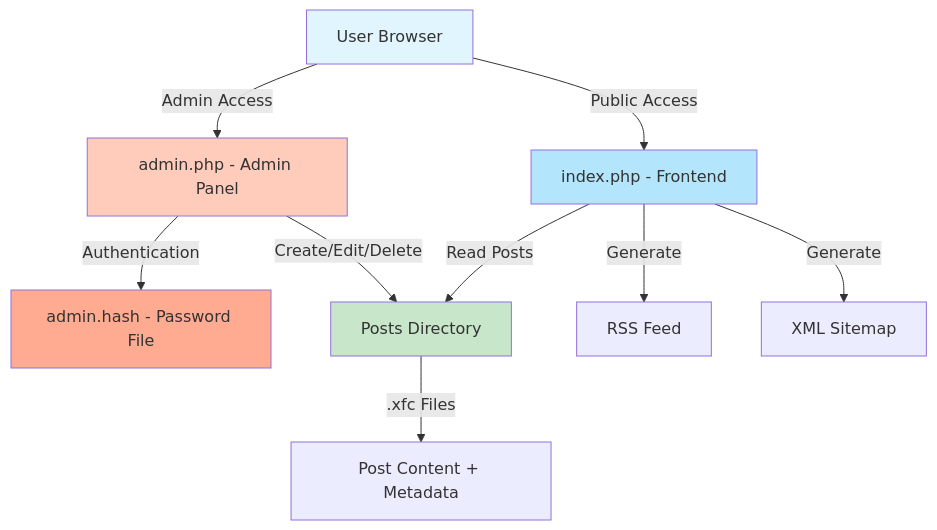
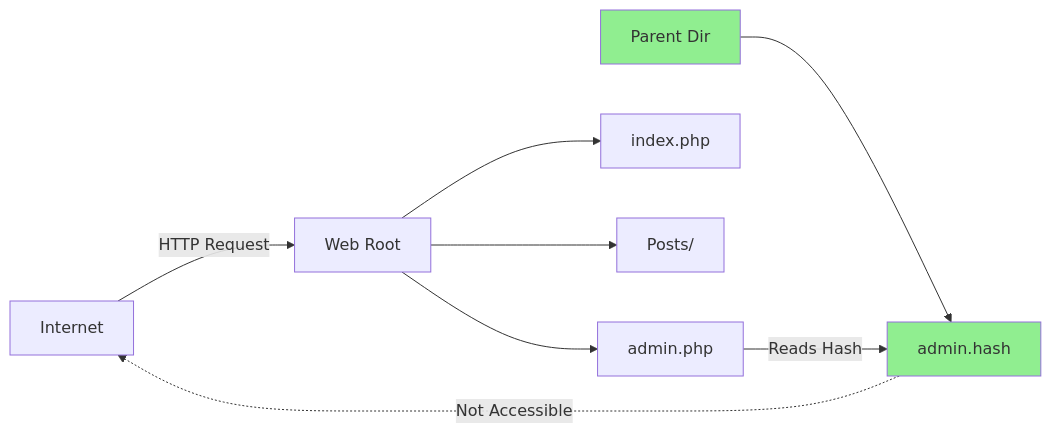
One commit to xsukax/xsukax-Flat-File-CMS changed the first of 5 diagrams in README.md. Above: the diagram before and after it, drawn with Mermaid. The commit also changed other lines of this file, not shown here.

````diff
--- a/README.md
+++ b/README.md
@@ -18,17 +20,12 @@
 ```mermaid
-graph TB
-    A[User Browser] -->|Public Access| B[index.php - Frontend]
-    A -->|Admin Access| C[admin.php - Admin Panel]
-    C -->|Authentication| D[admin.hash - Password File]
-    B -->|Read Posts| E[Posts Directory]
-    C -->|Create/Edit/Delete| E
-    E -->|.xfc Files| F[Post Content + Metadata]
-    B -->|Generate| G[RSS Feed]
-    B -->|Generate| H[XML Sitemap]
-    
-    style A fill:#e1f5ff
-    style B fill:#b3e5fc
-    style C fill:#ffccbc
-    style E fill:#c8e6c9
-    style D fill:#ffab91
+graph LR
+    A[Internet] -->|HTTP Request| B[Web Root]
+    B --> C[admin.php]
+    B --> D[index.php]
+    B --> E[Posts/]
+    F[Parent Dir] --> G[admin.hash]
+    G -.->|Not Accessible| A
+    C -->|Reads Hash| G
+    style G fill:#90EE90
+    style F fill:#90EE90
 ```
````
